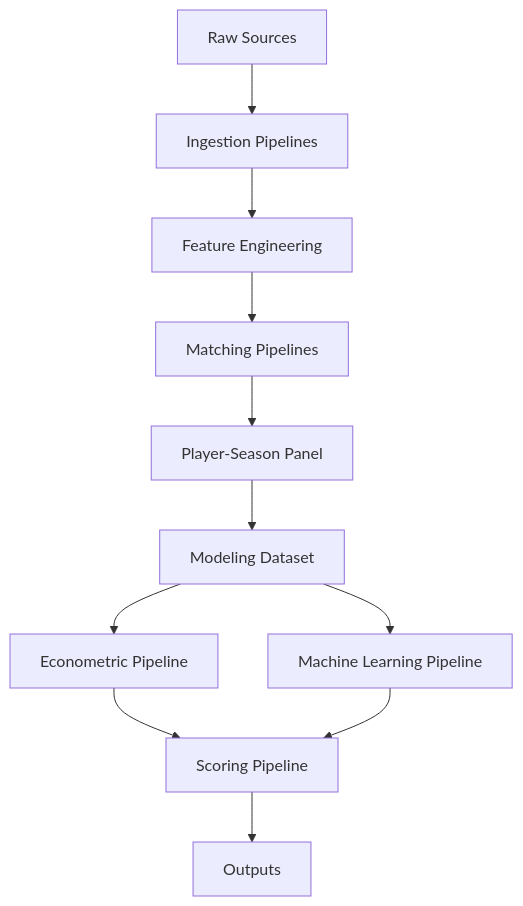
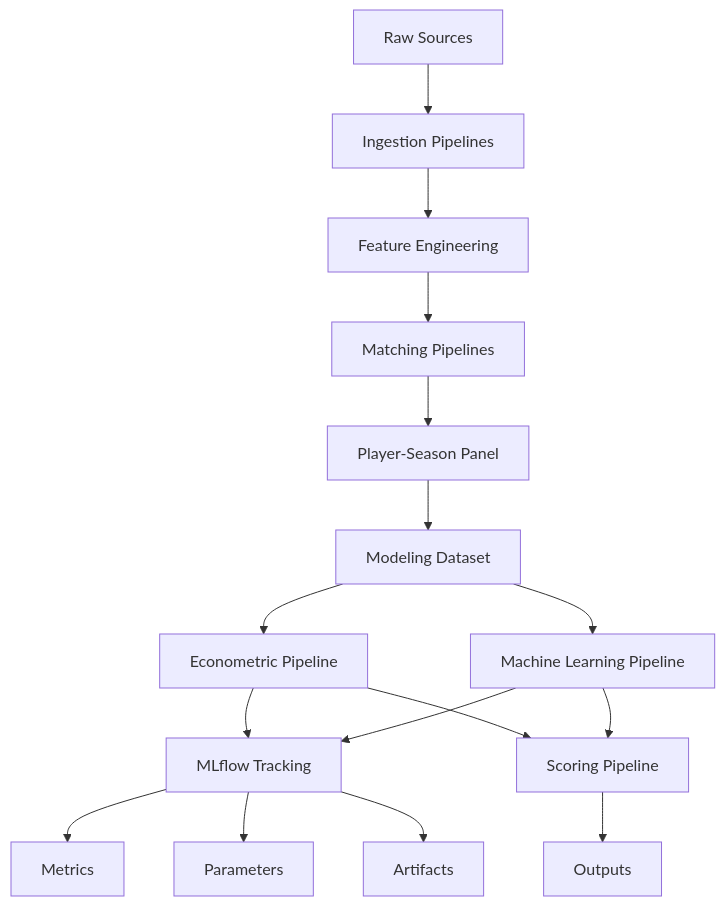
The diagram in docs/pipeline_reference.md (manuelpeba/market-value-football-tfm), drawn with Mermaid before and after one commit. The commit also changed other lines of this file and 23 other files, not shown here.

First line of the commit message:
feat: add MLflow experiment tracking and centralized configuration

````diff
--- a/docs/pipeline_reference.md
+++ b/docs/pipeline_reference.md
@@ -90,22 +120,29 @@
 ```mermaid
 flowchart TD
 
 A[Raw Sources] --> B[Ingestion Pipelines]
 
 B --> C[Feature Engineering]
 
 C --> D[Matching Pipelines]
 
 D --> E[Player-Season Panel]
 
 E --> F[Modeling Dataset]
 
 F --> G[Econometric Pipeline]
 
 F --> H[Machine Learning Pipeline]
 
-G --> I[Scoring Pipeline]
+G --> I[MLflow Tracking]
 H --> I
 
-I --> J[Outputs]
+G --> J[Scoring Pipeline]
+H --> J
+
+J --> K[Outputs]
+
+I --> L[Metrics]
+I --> M[Parameters]
+I --> N[Artifacts]
 ```
````
